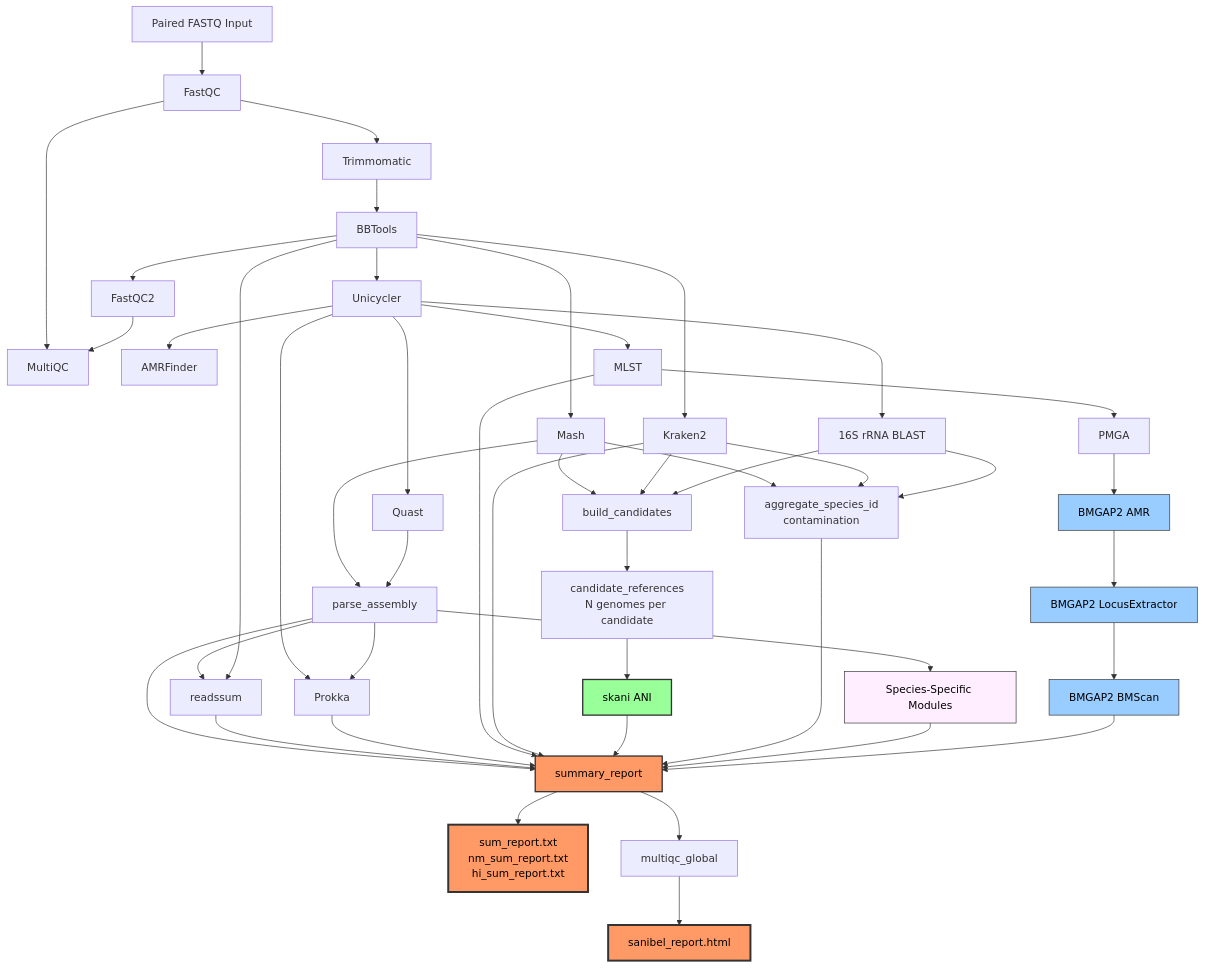
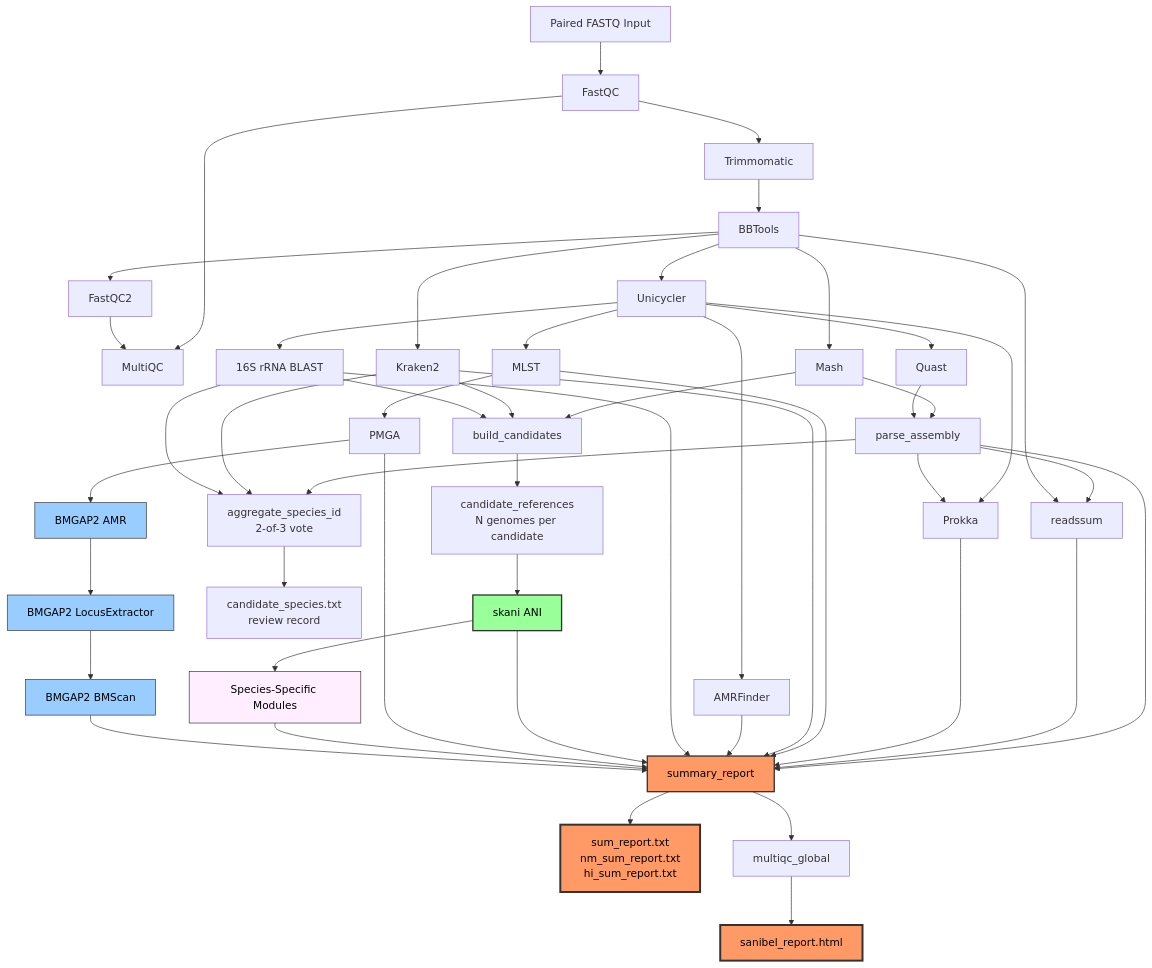
One commit to BPHL-Molecular/Sanibel changed the diagram in README.md. Above: the diagram before and after it, drawn with Mermaid. The commit also changed other lines of this file and 8 other files, not shown here.

Commit message:
Consolidate species ID and contamination reporting on skani, fix report bugs

````diff
--- a/README.md
+++ b/README.md
@@ -120,64 +118,67 @@
 ```mermaid
 flowchart TD
     A[Paired FASTQ Input] --> B[FastQC]
     B --> C[Trimmomatic]
     C --> D[BBTools]
     D --> E[FastQC2]
     B --> F[MultiQC]
     E --> F
 
     D --> G[Mash]
     D --> H[Unicycler]
     D --> I[Kraken2]
 
     H --> J[Quast]
     H --> K[AMRFinder]
     H --> L[MLST]
     H --> M[Prokka]
     H --> W[16S rRNA BLAST]
 
     G --> O[parse_assembly]
     J --> O
     O --> M
     O --> P[readssum]
     D --> P
 
     %% Species ID: candidate pool to multi-reference skani ANI
     G --> CP[build_candidates]
     I --> CP
     W --> CP
     CP --> RR[candidate_references<br/>N genomes per candidate]
     RR --> SK[skani ANI]
 
-    G --> AG[aggregate_species_id<br/>contamination]
+    O --> AG[aggregate_species_id<br/>2-of-3 vote]
     I --> AG
     W --> AG
+    AG --> AGO[candidate_species.txt<br/>review record]
 
-    O --> SP[Species-Specific Modules]
+    SK --> SP[Species-Specific Modules]
     L --> NM[PMGA]
     NM --> S[BMGAP2 AMR]
     S --> T[BMGAP2 LocusExtractor]
     T --> U[BMGAP2 BMScan]
 
     O --> X[summary_report]
     P --> X
     M --> X
     L --> X
     I --> X
+    K --> X
+    W --> X
     SK --> X
-    AG --> X
+    NM --> X
     SP --> X
     U --> X
 
     X --> Y[sum_report.txt<br/>nm_sum_report.txt<br/>hi_sum_report.txt]
     X --> MG[multiqc_global] --> IR[sanibel_report.html]
 
     style SP fill:#fef,stroke:#333,color:#000
     style SK fill:#9f9,stroke:#333,stroke-width:2px,color:#000
     style S fill:#9cf,stroke:#333,color:#000
     style T fill:#9cf,stroke:#333,color:#000
     style U fill:#9cf,stroke:#333,color:#000
     style X fill:#f96,stroke:#333,stroke-width:2px,color:#000
     style Y fill:#f96,stroke:#333,stroke-width:3px,color:#000
     style IR fill:#f96,stroke:#333,stroke-width:3px,color:#000
 ```
````
